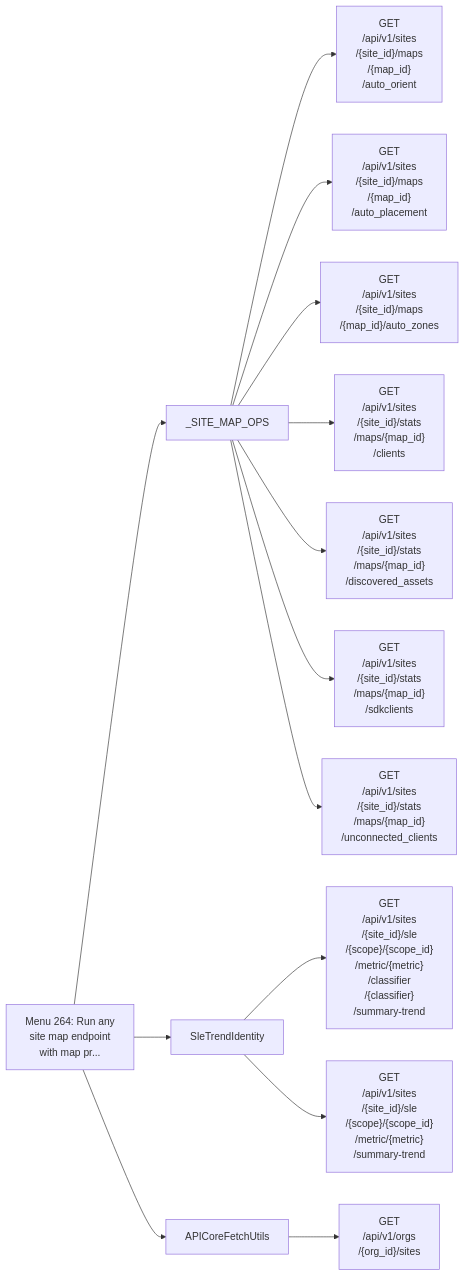
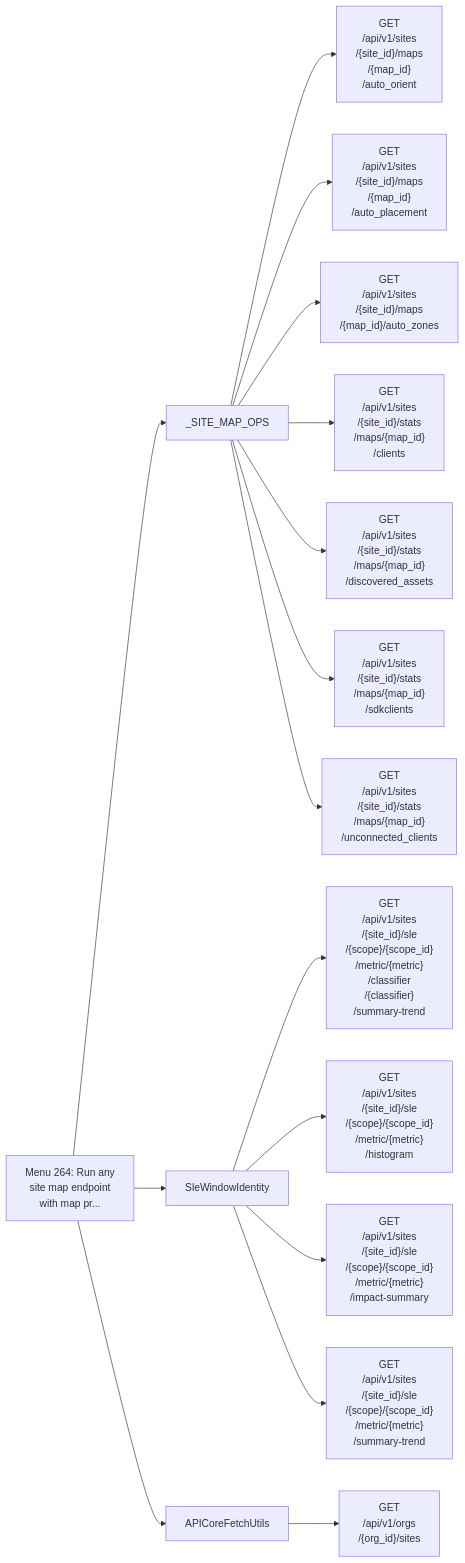
One commit to jmorrison-juniper/MistHelper changed diagram 21 of 26 in documentation/menu-api/interactive-safe.md. Above: the diagram before and after it, drawn with Mermaid. The commit also changed other lines of this file and 3 other files, not shown here.

First line of the commit message:
docs(menu-api): refresh SLE endpoint maps

````diff
--- a/documentation/menu-api/interactive-safe.md
+++ b/documentation/menu-api/interactive-safe.md
@@ -1575,17 +1575,19 @@
 ```mermaid
 flowchart LR
     menu["Menu 264: Run any<br/>site map endpoint<br/>with map pr..."]
     menu --> c1["_SITE_MAP_OPS"]
     c1 --> e1["GET<br/>/api/v1/sites<br/>/{site_id}/maps<br/>/{map_id}<br/>/auto_orient"]
     c1 --> e2["GET<br/>/api/v1/sites<br/>/{site_id}/maps<br/>/{map_id}<br/>/auto_placement"]
     c1 --> e3["GET<br/>/api/v1/sites<br/>/{site_id}/maps<br/>/{map_id}/auto_zones"]
     c1 --> e4["GET<br/>/api/v1/sites<br/>/{site_id}/stats<br/>/maps/{map_id}<br/>/clients"]
     c1 --> e5["GET<br/>/api/v1/sites<br/>/{site_id}/stats<br/>/maps/{map_id}<br/>/discovered_assets"]
     c1 --> e6["GET<br/>/api/v1/sites<br/>/{site_id}/stats<br/>/maps/{map_id}<br/>/sdkclients"]
     c1 --> e7["GET<br/>/api/v1/sites<br/>/{site_id}/stats<br/>/maps/{map_id}<br/>/unconnected_clients"]
-    menu --> c2["SleTrendIdentity"]
+    menu --> c2["SleWindowIdentity"]
     c2 --> e8["GET<br/>/api/v1/sites<br/>/{site_id}/sle<br/>/{scope}/{scope_id}<br/>/metric/{metric}<br/>/classifier<br/>/{classifier}<br/>/summary-trend"]
-    c2 --> e9["GET<br/>/api/v1/sites<br/>/{site_id}/sle<br/>/{scope}/{scope_id}<br/>/metric/{metric}<br/>/summary-trend"]
+    c2 --> e9["GET<br/>/api/v1/sites<br/>/{site_id}/sle<br/>/{scope}/{scope_id}<br/>/metric/{metric}<br/>/histogram"]
+    c2 --> e10["GET<br/>/api/v1/sites<br/>/{site_id}/sle<br/>/{scope}/{scope_id}<br/>/metric/{metric}<br/>/impact-summary"]
+    c2 --> e11["GET<br/>/api/v1/sites<br/>/{site_id}/sle<br/>/{scope}/{scope_id}<br/>/metric/{metric}<br/>/summary-trend"]
     menu --> c3["APICoreFetchUtils"]
-    c3 --> e10["GET<br/>/api/v1/orgs<br/>/{org_id}/sites"]
+    c3 --> e12["GET<br/>/api/v1/orgs<br/>/{org_id}/sites"]
 ```
````
